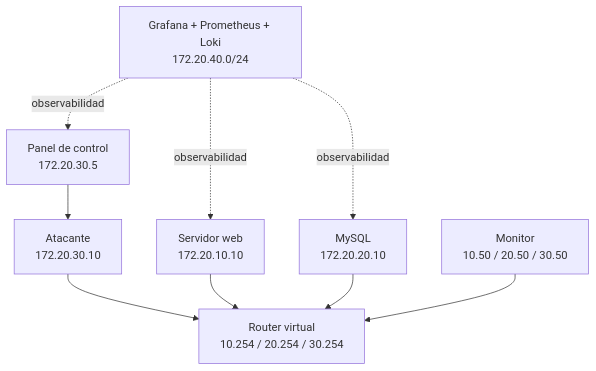
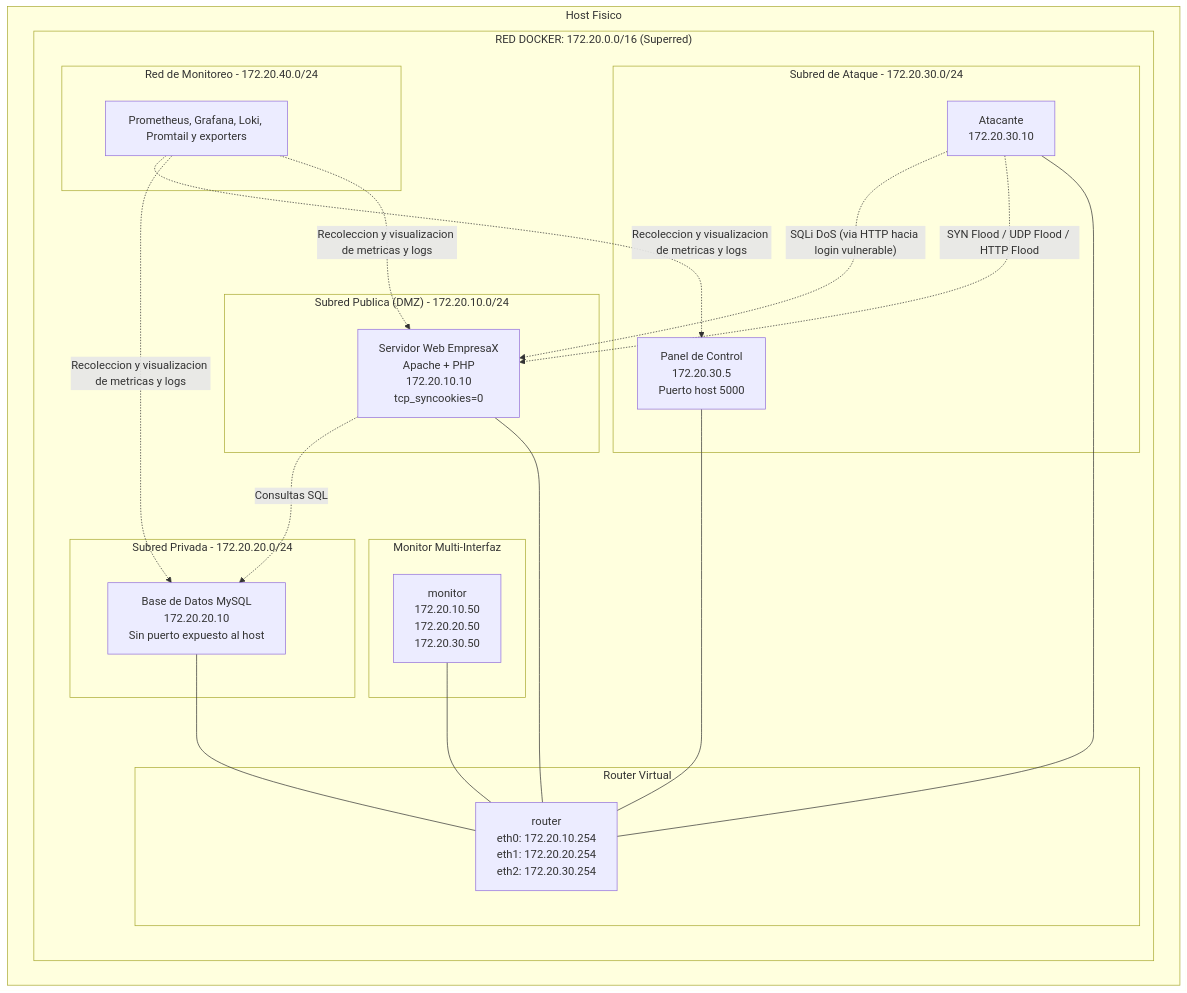
The diagram in README.md (Santiago79/proyecto-redes-usfq), drawn with Mermaid before and after one commit. The commit also changed other lines of this file and 19 other files, not shown here.

````diff
--- a/README.md
+++ b/README.md
@@ -25,19 +25,44 @@
 ```mermaid
 graph TD
-    ATT["Atacante<br/>172.20.30.10"]
-    WEB["Servidor web<br/>172.20.10.10"]
-    DB["MySQL<br/>172.20.20.10"]
-    MON["Monitor<br/>10.50 / 20.50 / 30.50"]
-    RTR["Router virtual<br/>10.254 / 20.254 / 30.254"]
-    PANEL["Panel de control<br/>172.20.30.5"]
-    OBS["Grafana + Prometheus + Loki<br/>172.20.40.0/24"]
+    subgraph "Host Fisico"
+        subgraph "RED DOCKER: 172.20.0.0/16 (Superred)"
+            subgraph "Subred Publica (DMZ) - 172.20.10.0/24"
+                WEB["Servidor Web EmpresaX<br/>Apache + PHP<br/>172.20.10.10<br/>tcp_syncookies=0"]
+            end
 
-    ATT --> RTR
-    WEB --> RTR
-    DB --> RTR
-    MON --> RTR
-    PANEL --> ATT
-    OBS -. observabilidad .-> WEB
-    OBS -. observabilidad .-> DB
-    OBS -. observabilidad .-> PANEL
+            subgraph "Subred Privada - 172.20.20.0/24"
+                DB["Base de Datos MySQL<br/>172.20.20.10<br/>Sin puerto expuesto al host"]
+            end
+
+            subgraph "Subred de Ataque - 172.20.30.0/24"
+                ATTACKER["Atacante<br/>172.20.30.10"]
+                PANEL["Panel de Control<br/>172.20.30.5<br/>Puerto host 5000"]
+            end
+
+            subgraph "Router Virtual"
+                ROUTER["router<br/>eth0: 172.20.10.254<br/>eth1: 172.20.20.254<br/>eth2: 172.20.30.254"]
+            end
+
+            subgraph "Monitor Multi-Interfaz"
+                MONITOR["monitor<br/>172.20.10.50<br/>172.20.20.50<br/>172.20.30.50"]
+            end
+
+            subgraph "Red de Monitoreo - 172.20.40.0/24"
+                OBS["Prometheus, Grafana, Loki, Promtail y exporters"]
+            end
+        end
+    end
+
+    WEB --- ROUTER
+    DB --- ROUTER
+    ATTACKER --- ROUTER
+    PANEL --- ROUTER
+    MONITOR --- ROUTER
+
+    ATTACKER -.->|"SYN Flood / UDP Flood / HTTP Flood"| WEB
+    ATTACKER -.->|"SQLi DoS (via HTTP hacia login vulnerable)"| WEB
+    WEB -.->|"Consultas SQL"| DB
+    OBS -.->|"Recoleccion y visualizacion de metricas y logs"| WEB
+    OBS -.->|"Recoleccion y visualizacion de metricas y logs"| DB
+    OBS -.->|"Recoleccion y visualizacion de metricas y logs"| PANEL
 ```
````
